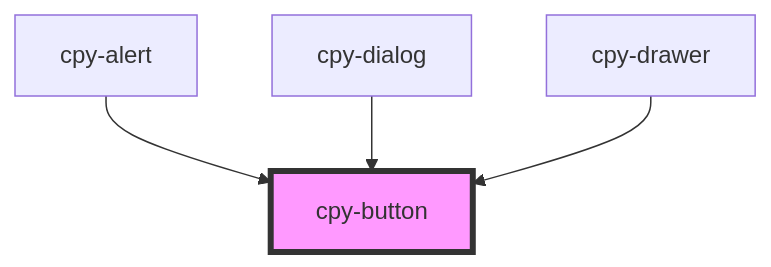
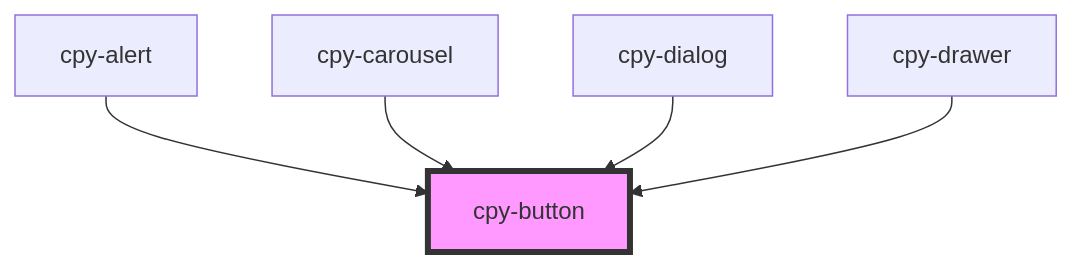
The diagram in stencil-lib/src/components/button/readme.md (Lith1um/Canopy-Stencil), drawn with Mermaid before and after one commit. The commit also changed other lines of this file and 16 other files, not shown here.

````diff
--- a/stencil-lib/src/components/button/readme.md
+++ b/stencil-lib/src/components/button/readme.md
@@ -28,7 +29,8 @@
 ```mermaid
 graph TD;
   cpy-alert --> cpy-button
+  cpy-carousel --> cpy-button
   cpy-dialog --> cpy-button
   cpy-drawer --> cpy-button
   style cpy-button fill:#f9f,stroke:#333,stroke-width:4px
 ```
````
